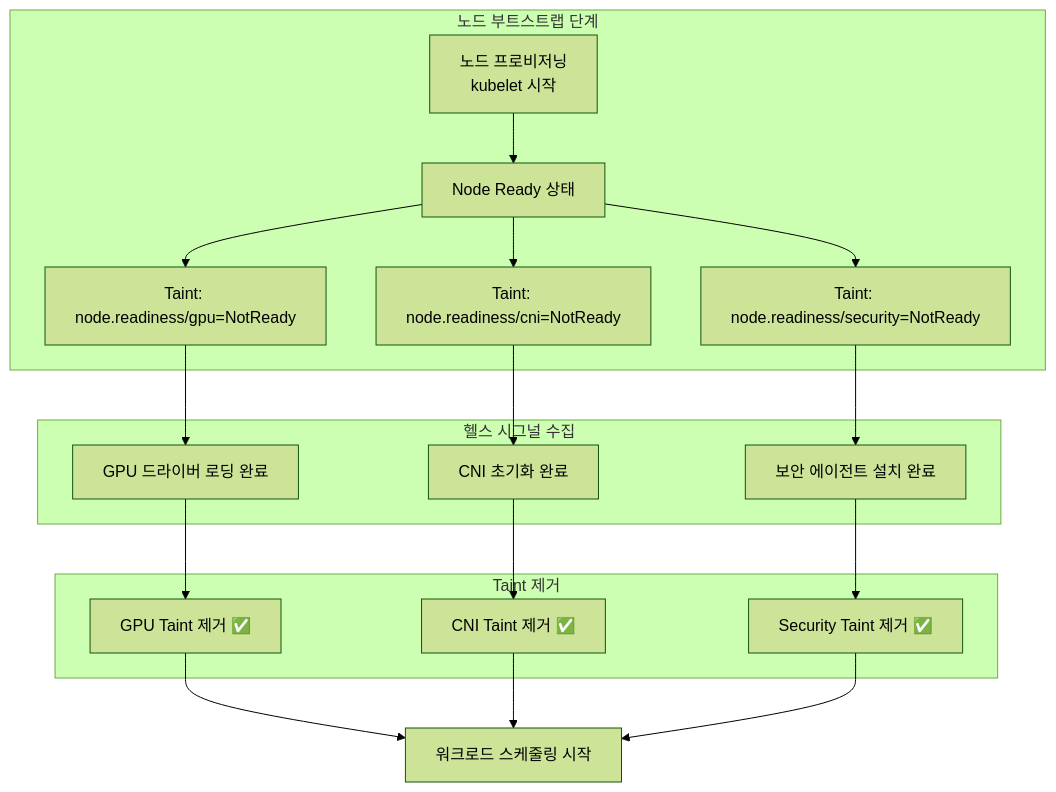
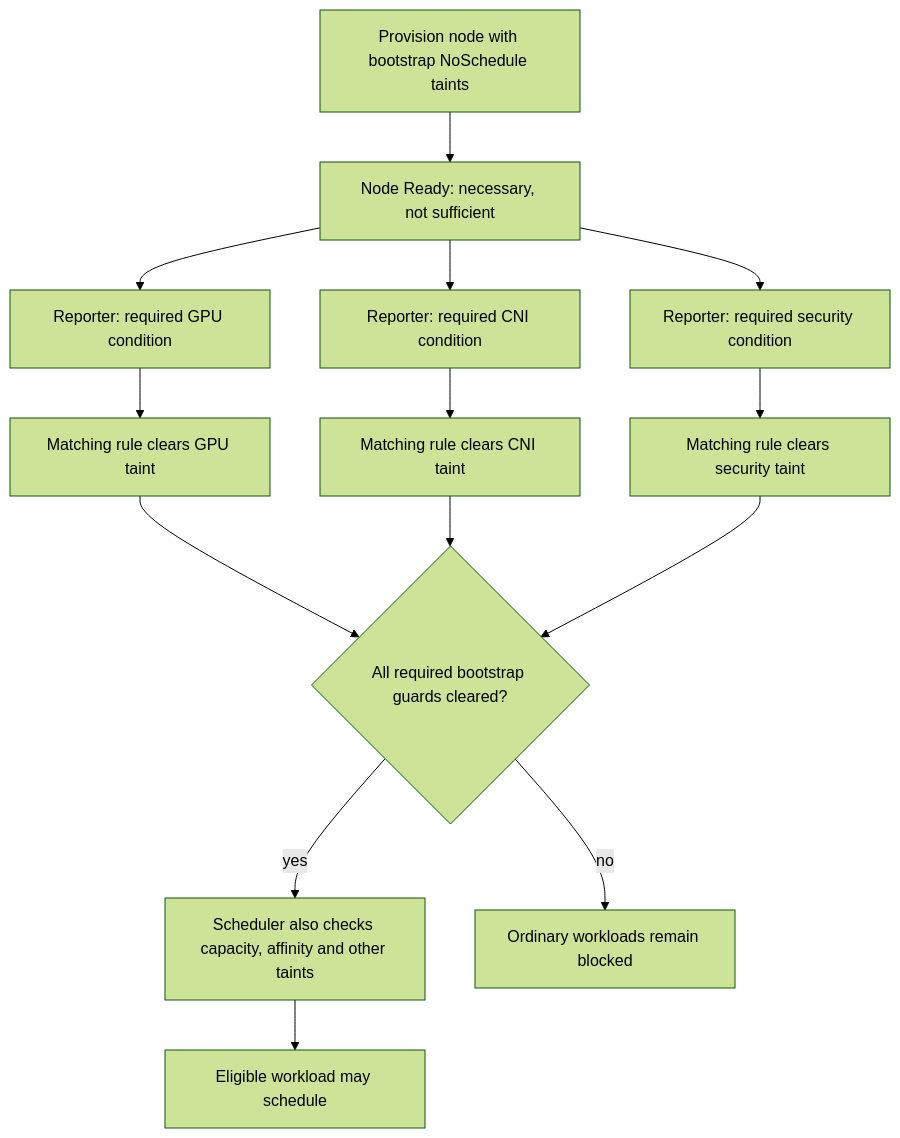
The second of 7 diagrams in docs/eks-best-practices/operations-reliability/eks-resiliency-guide.md (devfloor9/engineering-playbook), drawn with Mermaid (forest theme) before and after one commit. The commit also changed other lines of this file and 1 other file, not shown here.

````diff
--- a/docs/eks-best-practices/operations-reliability/eks-resiliency-guide.md
+++ b/docs/eks-best-practices/operations-reliability/eks-resiliency-guide.md
@@ -217,25 +219,16 @@
 ```mermaid
 flowchart TD
-    subgraph "노드 부트스트랩 단계"
-        NP[노드 프로비저닝<br/>kubelet 시작] --> NR[Node Ready 상태]
-        NR --> T1[Taint: node.readiness/gpu=NotReady]
-        NR --> T2[Taint: node.readiness/cni=NotReady]
-        NR --> T3[Taint: node.readiness/security=NotReady]
-    end
-
-    subgraph "헬스 시그널 수집"
-        T1 --> G[GPU 드라이버 로딩 완료]
-        T2 --> C[CNI 초기화 완료]
-        T3 --> S[보안 에이전트 설치 완료]
-    end
-
-    subgraph "Taint 제거"
-        G --> R1[GPU Taint 제거 ✅]
-        C --> R2[CNI Taint 제거 ✅]
-        S --> R3[Security Taint 제거 ✅]
-    end
-
-    R1 --> WS[워크로드 스케줄링 시작]
-    R2 --> WS
-    R3 --> WS
+    NP["Provision node with bootstrap NoSchedule taints"] --> NR["Node Ready: necessary, not sufficient"]
+    NR --> G["Reporter: required GPU condition"]
+    NR --> C["Reporter: required CNI condition"]
+    NR --> S["Reporter: required security condition"]
+    G --> R1["Matching rule clears GPU taint"]
+    C --> R2["Matching rule clears CNI taint"]
+    S --> R3["Matching rule clears security taint"]
+    R1 --> ALL{"All required bootstrap guards cleared?"}
+    R2 --> ALL
+    R3 --> ALL
+    ALL -->|yes| F["Scheduler also checks capacity, affinity and other taints"]
+    ALL -->|no| WAIT["Ordinary workloads remain blocked"]
+    F --> WS["Eligible workload may schedule"]
 ```
````
